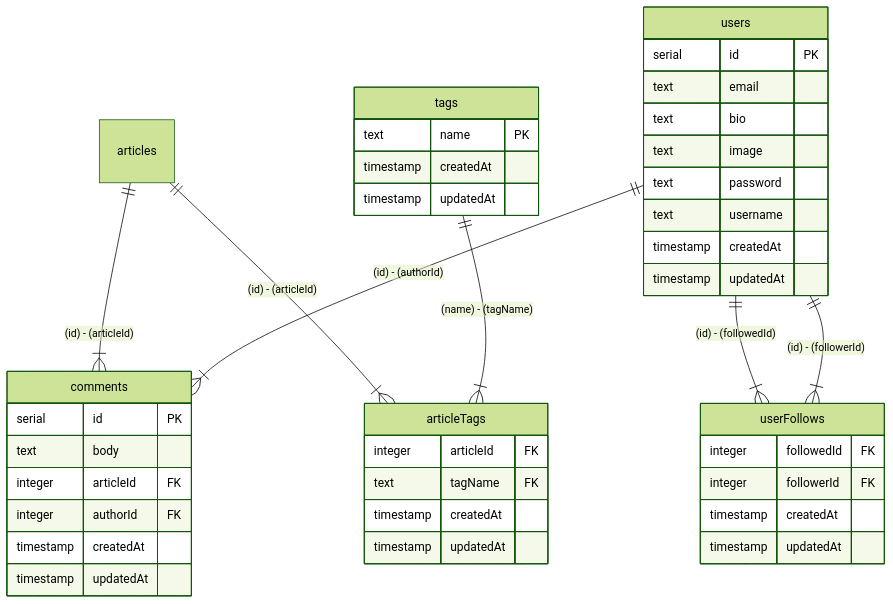
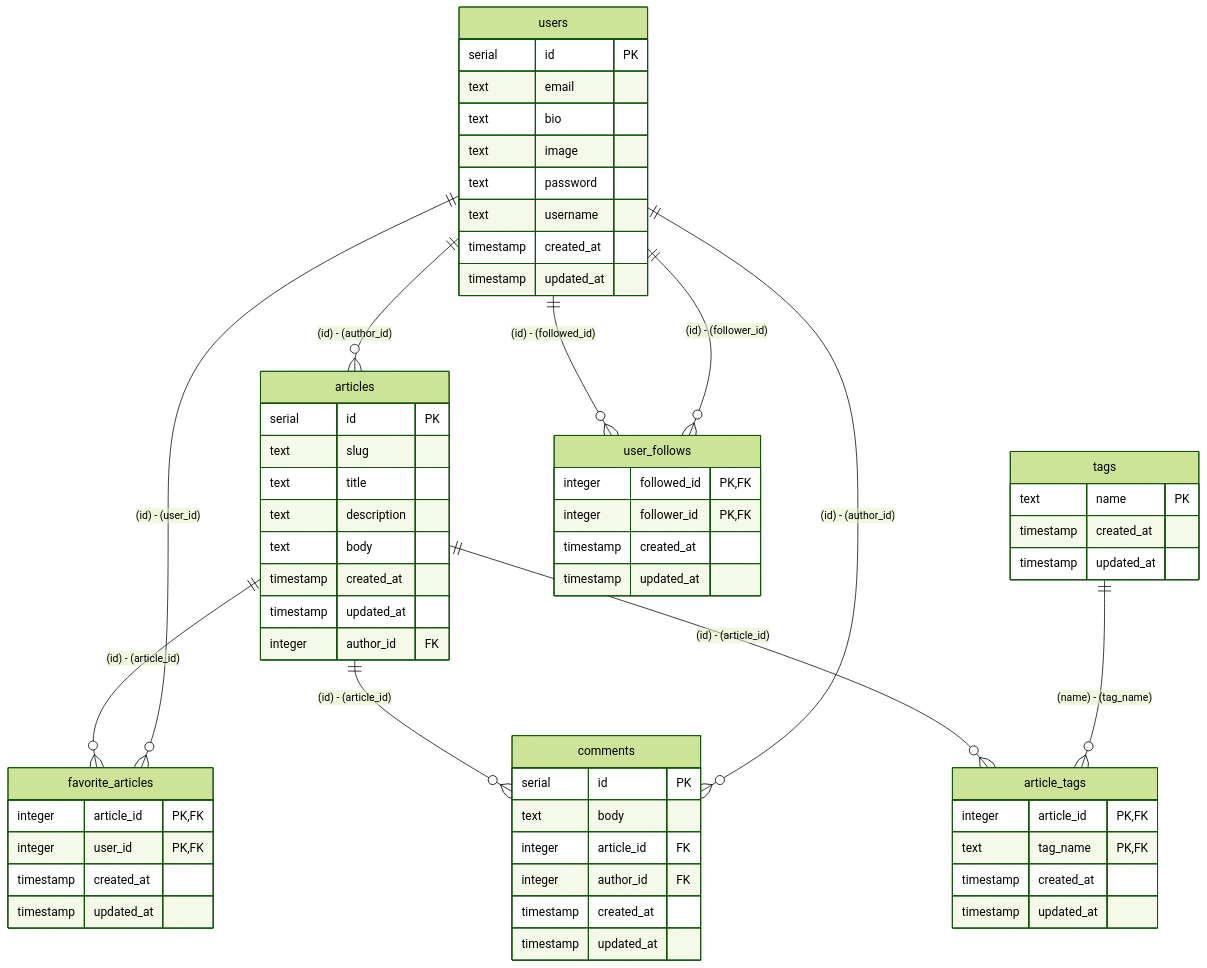
One commit to nakita628/drizzler-examples changed the diagram in apps/realworld/docs/er.md. Above: the diagram before and after it, drawn with Mermaid (forest theme). The commit also changed 74 other files, not shown here.

````diff
--- a/apps/realworld/docs/er.md
+++ b/apps/realworld/docs/er.md
@@ -1,44 +1,63 @@
 ```mermaid
 erDiagram
-    articles ||--|{ comments : "(id) - (articleId)"
-    users ||--|{ comments : "(id) - (authorId)"
-    articles ||--|{ articleTags : "(id) - (articleId)"
-    tags ||--|{ articleTags : "(name) - (tagName)"
-    users ||--|{ userFollows : "(id) - (followedId)"
-    users ||--|{ userFollows : "(id) - (followerId)"
+    users ||--o{ articles : "(id) - (author_id)"
+    articles ||--o{ favorite_articles : "(id) - (article_id)"
+    users ||--o{ favorite_articles : "(id) - (user_id)"
+    articles ||--o{ comments : "(id) - (article_id)"
+    users ||--o{ comments : "(id) - (author_id)"
+    articles ||--o{ article_tags : "(id) - (article_id)"
+    tags ||--o{ article_tags : "(name) - (tag_name)"
+    users ||--o{ user_follows : "(id) - (followed_id)"
+    users ||--o{ user_follows : "(id) - (follower_id)"
+    articles {
+        serial id PK
+        text slug
+        text title
+        text description
+        text body
+        timestamp created_at
+        timestamp updated_at
+        integer author_id FK
+    }
+    favorite_articles {
+        integer article_id PK, FK
+        integer user_id PK, FK
+        timestamp created_at
+        timestamp updated_at
+    }
     comments {
         serial id PK
         text body
-        integer articleId FK
-        integer authorId FK
-        timestamp createdAt
-        timestamp updatedAt
+        integer article_id FK
+        integer author_id FK
+        timestamp created_at
+        timestamp updated_at
     }
     tags {
         text name PK
-        timestamp createdAt
-        timestamp updatedAt
+        timestamp created_at
+        timestamp updated_at
     }
-    articleTags {
-        integer articleId FK
-        text tagName FK
-        timestamp createdAt
-        timestamp updatedAt
+    article_tags {
+        integer article_id PK, FK
+        text tag_name PK, FK
+        timestamp created_at
+        timestamp updated_at
     }
     users {
         serial id PK
         text email
         text bio
         text image
         text password
         text username
-        timestamp createdAt
-        timestamp updatedAt
+        timestamp created_at
+        timestamp updated_at
     }
-    userFollows {
-        integer followedId FK
-        integer followerId FK
-        timestamp createdAt
-        timestamp updatedAt
+    user_follows {
+        integer followed_id PK, FK
+        integer follower_id PK, FK
+        timestamp created_at
+        timestamp updated_at
     }
 ```
````
